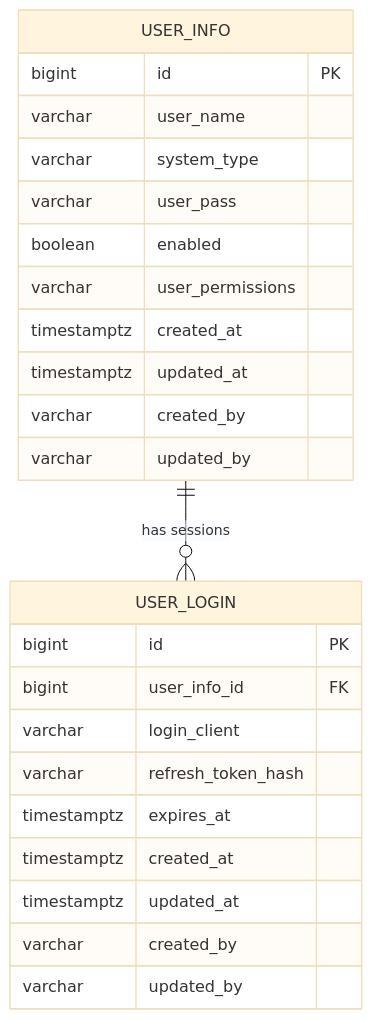
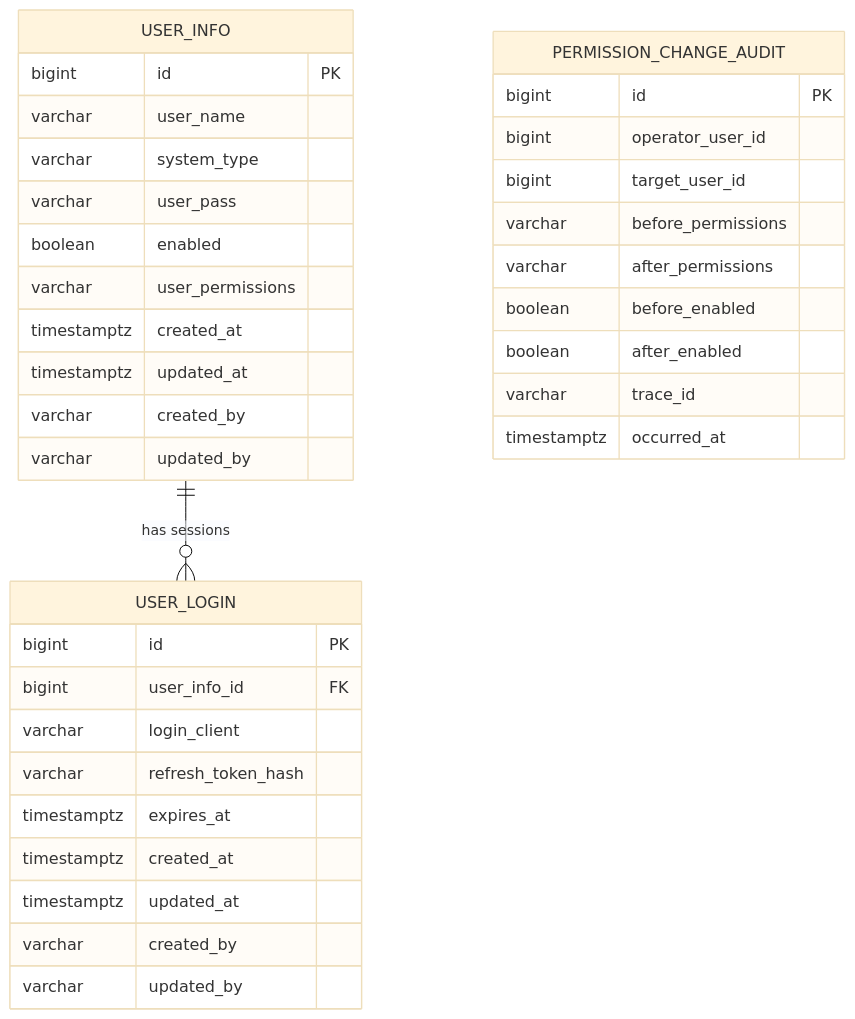
One commit to bbcdabao/baosys changed the diagram in docs/modules/manager/database_design.md. Above: the diagram before and after it, drawn with Mermaid (base theme). The commit also changed other lines of this file and 17 other files, not shown here.

````diff
--- a/docs/modules/manager/database_design.md
+++ b/docs/modules/manager/database_design.md
@@ -16,29 +16,41 @@
 ```mermaid
 erDiagram
     USER_INFO ||--o{ USER_LOGIN : "has sessions"
 
     USER_INFO {
         bigint id PK
         varchar user_name
         varchar system_type
         varchar user_pass
         boolean enabled
         varchar user_permissions
         timestamptz created_at
         timestamptz updated_at
         varchar created_by
         varchar updated_by
     }
 
     USER_LOGIN {
         bigint id PK
         bigint user_info_id FK
         varchar login_client
         varchar refresh_token_hash
         timestamptz expires_at
         timestamptz created_at
         timestamptz updated_at
         varchar created_by
         varchar updated_by
     }
+
+    PERMISSION_CHANGE_AUDIT {
+        bigint id PK
+        bigint operator_user_id
+        bigint target_user_id
+        varchar before_permissions
+        varchar after_permissions
+        boolean before_enabled
+        boolean after_enabled
+        varchar trace_id
+        timestamptz occurred_at
+    }
 ```
````
